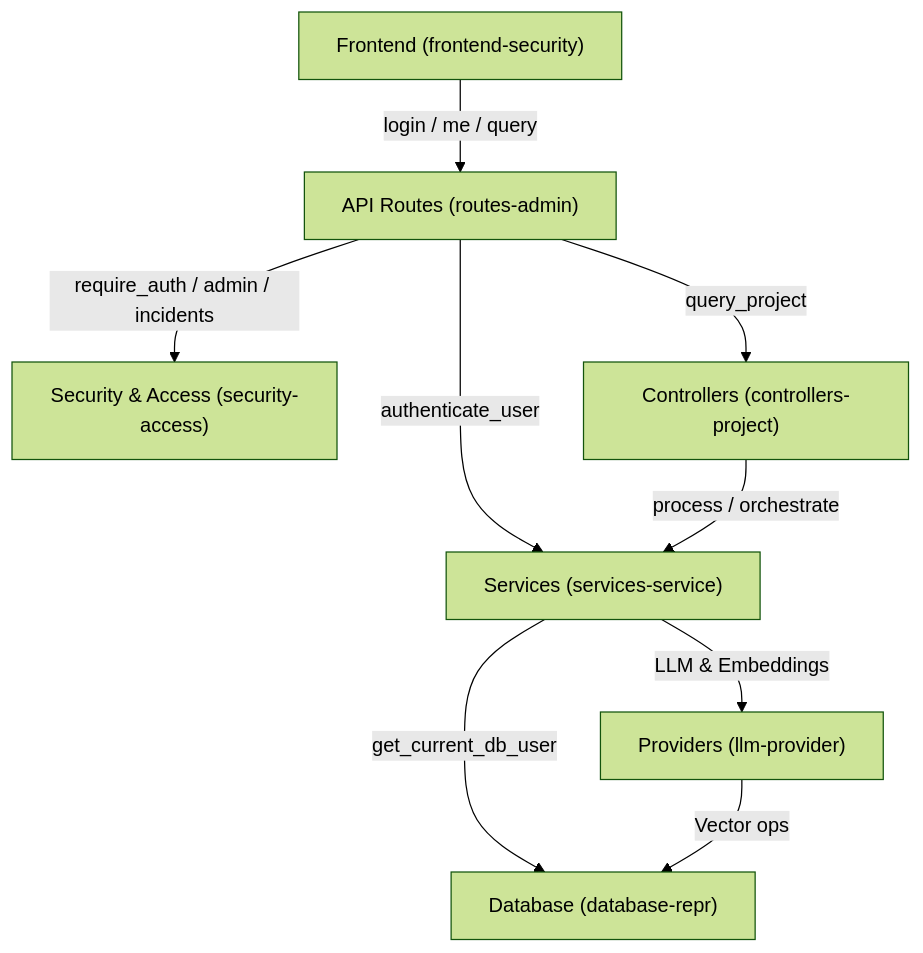
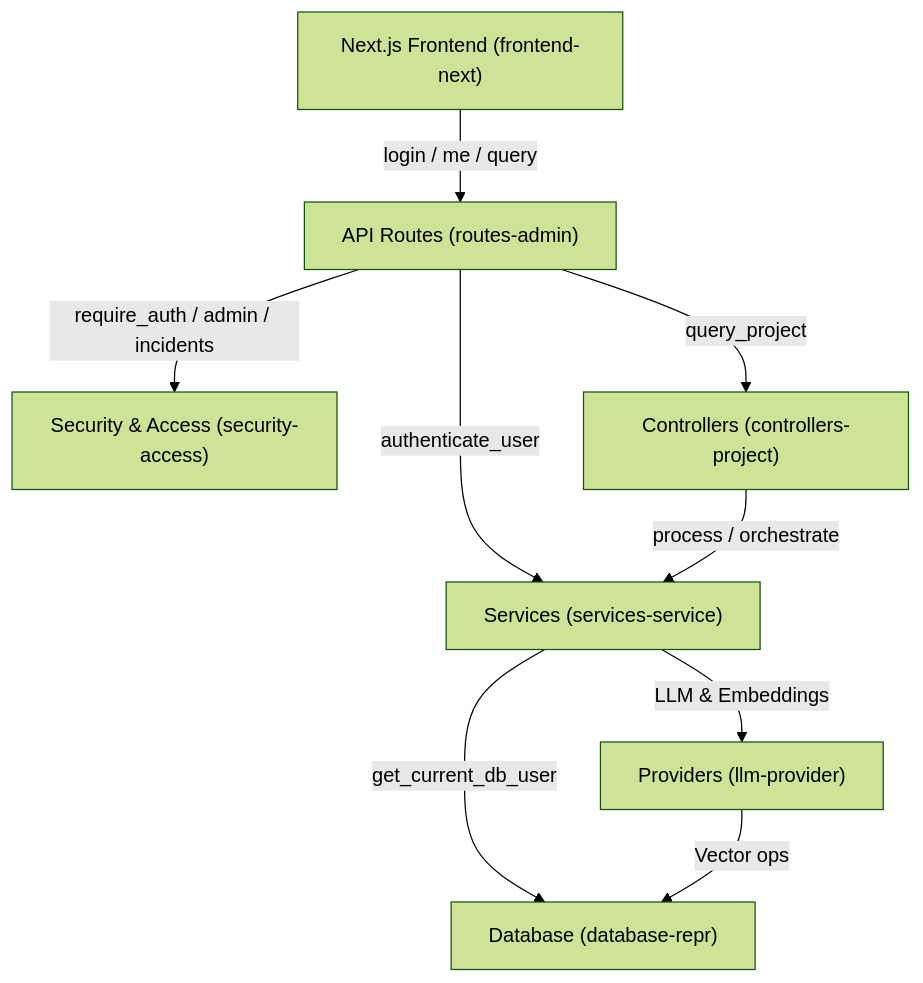
One commit to SaeedNeamtallah/answerly changed the diagram in README.md. Above: the diagram before and after it, drawn with Mermaid (forest theme). The commit also changed other lines of this file and 155 other files, not shown here.

````diff
--- a/README.md
+++ b/README.md
@@ -31,24 +31,24 @@
 ```mermaid
 graph TD
     %% Communities
-    Frontend["Frontend (frontend-security)"]
+    Frontend["Next.js Frontend (frontend-next)"]
     Routes["API Routes (routes-admin)"]
     Security["Security & Access (security-access)"]
     Controllers["Controllers (controllers-project)"]
     Services["Services (services-service)"]
     Providers["Providers (llm-provider)"]
     Database["Database (database-repr)"]
 
     %% Key Flows
     Frontend -- "login / me / query" --> Routes
     
     Routes -- "require_auth / admin / incidents" --> Security
     Routes -- "query_project" --> Controllers
     Routes -- "authenticate_user" --> Services
     
     Controllers -- "process / orchestrate" --> Services
     
     Services -- "get_current_db_user" --> Database
     Services -- "LLM & Embeddings" --> Providers
     Providers -- "Vector ops" --> Database
 ```
````
